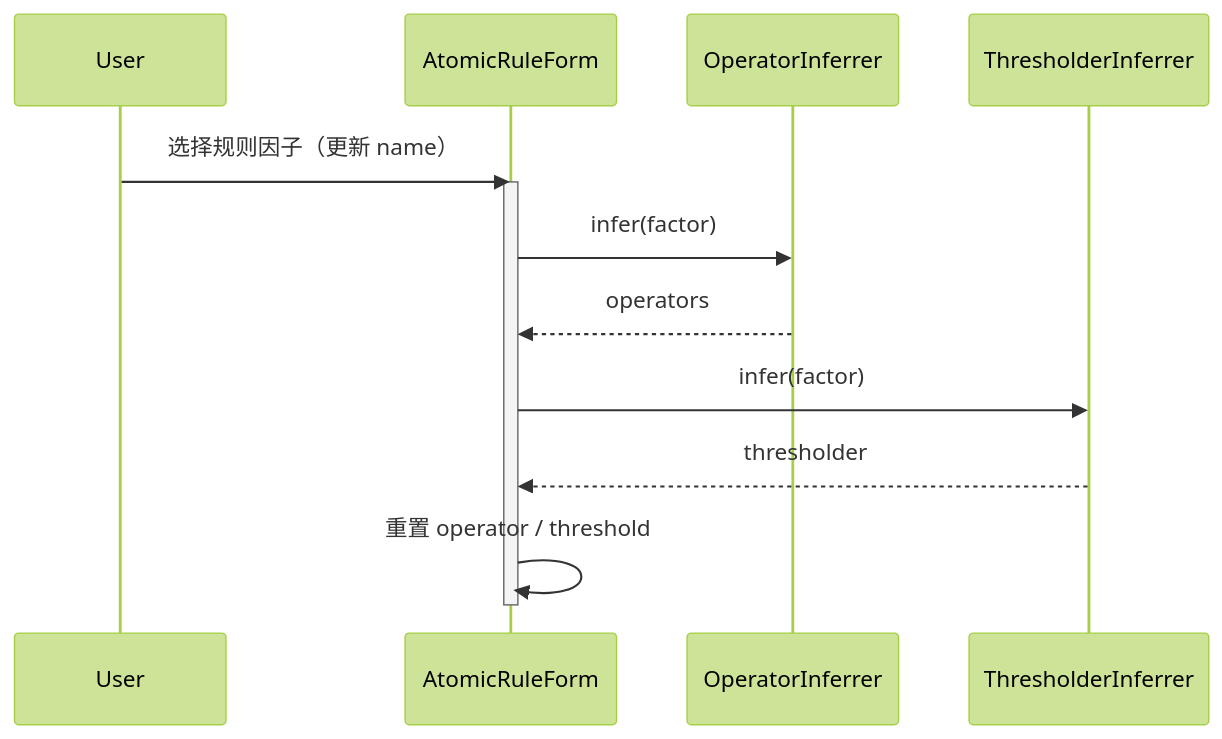
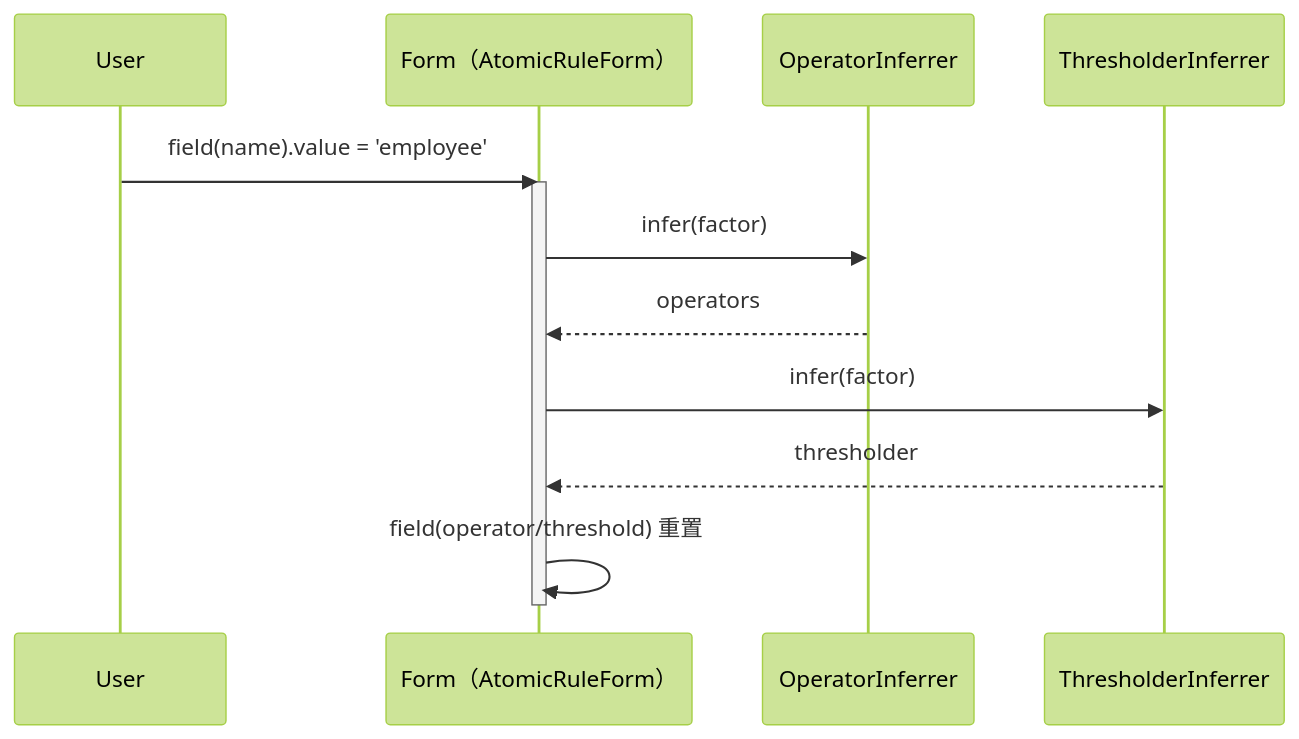
The third of 4 diagrams in specs/core/application.md (huang-xiao-jian/themis), drawn with Mermaid (forest theme) before and after one commit. The commit also changed other lines of this file and 2 other files, not shown here.

First line of the commit message:
docs(core): introduce Formily as form solution in spec

````diff
--- a/specs/core/application.md
+++ b/specs/core/application.md
@@ -270,16 +266,16 @@
 ```mermaid
 sequenceDiagram
   participant U as User
-  participant FM as AtomicRuleForm
+  participant FM as Form（AtomicRuleForm）
   participant OI as OperatorInferrer
   participant TI as ThresholderInferrer
 
-  U->>FM: 选择规则因子（更新 name）
+  U->>FM: field(name).value = 'employee'
   activate FM
   FM->>OI: infer(factor)
   OI-->>FM: operators
   FM->>TI: infer(factor)
   TI-->>FM: thresholder
-  FM->>FM: 重置 operator / threshold
+  FM->>FM: field(operator/threshold) 重置
   deactivate FM
 ```
````
